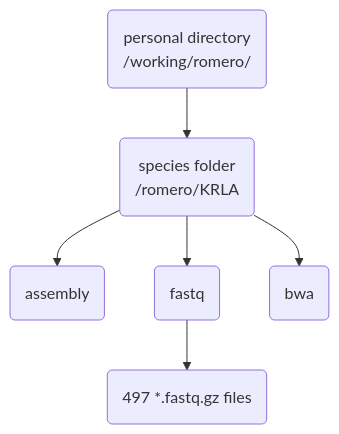
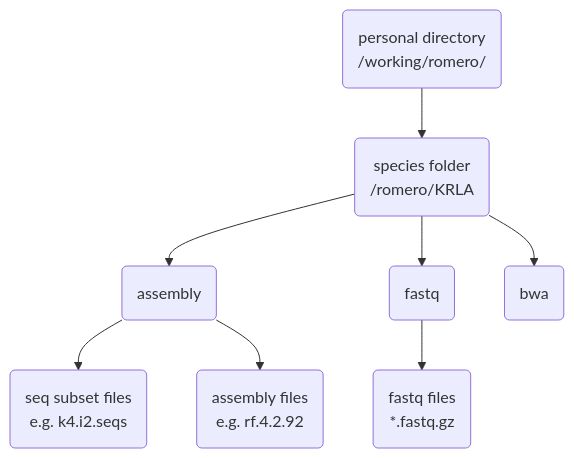
One commit to tparchman/lab changed the diagram in KRLA_lab_meetings_workflow/README.md. Above: the diagram before and after it, drawn with Mermaid.

````diff
--- a/KRLA_lab_meetings_workflow/README.md
+++ b/KRLA_lab_meetings_workflow/README.md
@@ -35,8 +35,10 @@
 ```mermaid
 flowchart TD;
     A(personal directory <br> /working/romero/) --> B(species folder <br> /romero/KRLA)
     B --> C(assembly)
     B --> D(fastq)
     B --> E(bwa)
-    D --> F(497 *.fastq.gz files)
+    D --> F(fastq files <br> *.fastq.gz)
+    C --> G(seq subset files <br> e.g. k4.i2.seqs)
+    C --> H(assembly files <br> e.g. rf.4.2.92) 
 ```
````
